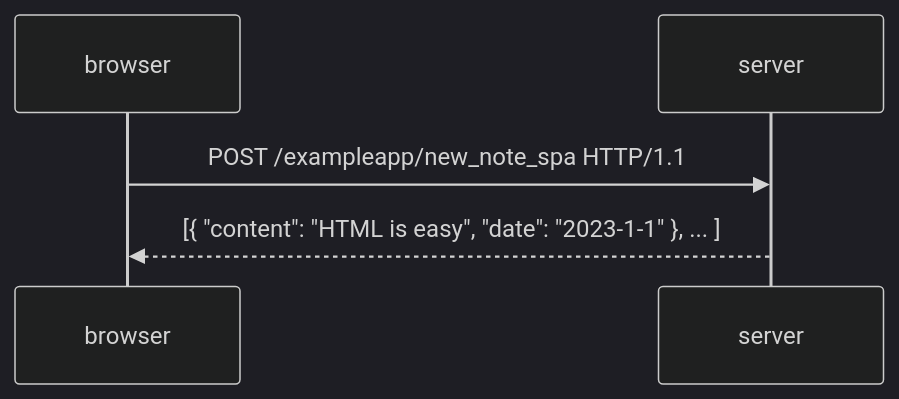
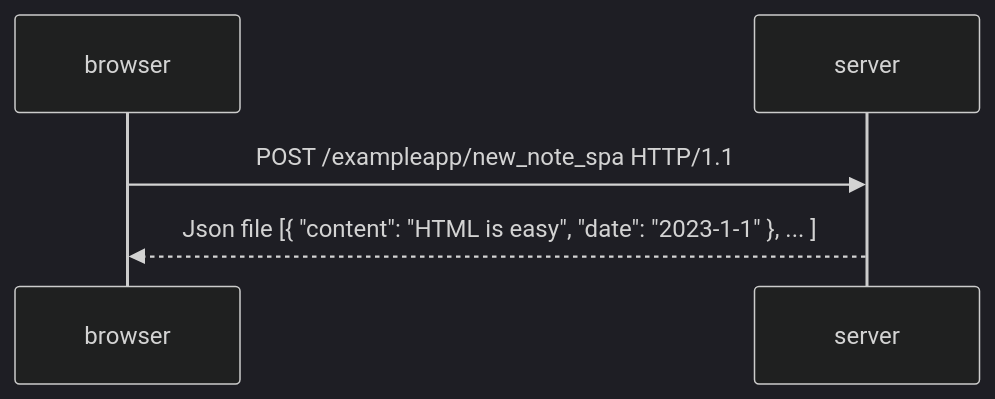
One commit to Janphan/FullStackOpen_Hel_uni changed the diagram in part0/part05.md. Above: the diagram before and after it, drawn with Mermaid (dark theme).

````diff
--- a/part0/part05.md
+++ b/part0/part05.md
@@ -2,8 +2,8 @@
 ```mermaid
 sequenceDiagram
     participant browser
     participant server
 
     browser->>server: POST /exampleapp/new_note_spa HTTP/1.1
-    server-->>browser: [{ "content": "HTML is easy", "date": "2023-1-1" }, ... ]
+    server-->>browser: Json file [{ "content": "HTML is easy", "date": "2023-1-1" }, ... ]
 ```
````
